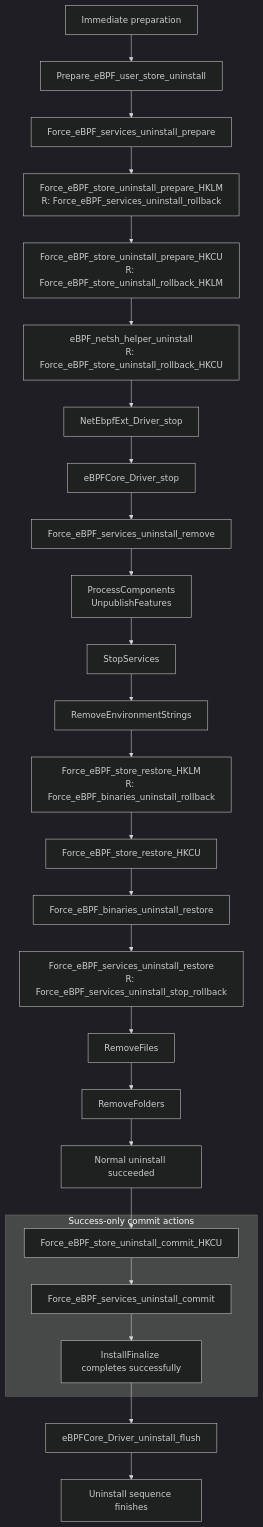
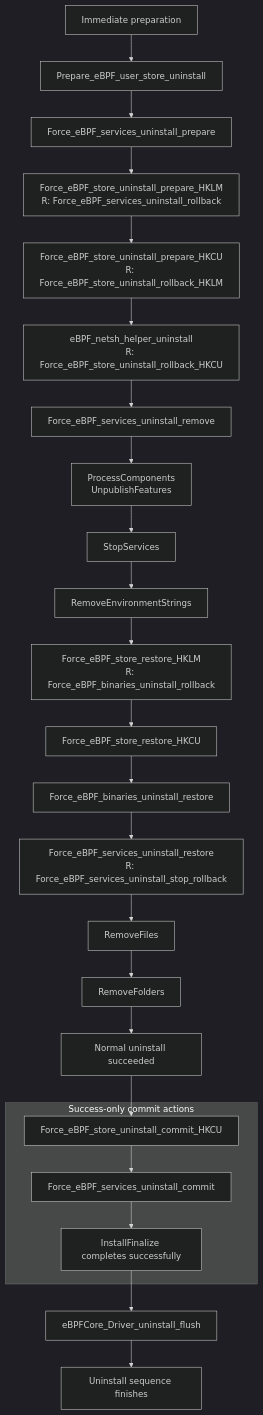
Before and after one commit to microsoft/ebpf-for-windows: the second of 3 diagrams in docs/MsiForcedInstallation.md, drawn with Mermaid (dark theme). The commit also changed other lines of this file and 2 other files, not shown here.

First line of the commit message:
Fix MSI service state and netsh helper restoration

````diff
--- a/docs/MsiForcedInstallation.md
+++ b/docs/MsiForcedInstallation.md
@@ -142,41 +147,39 @@
 ```mermaid
 flowchart TD
     Prep["Immediate preparation"]
 
         UserAccess["Prepare_eBPF_user_store_uninstall"]
         ServiceSnapshot["Force_eBPF_services_uninstall_prepare"]
         MachineSnapshot["Force_eBPF_store_uninstall_prepare_HKLM<br/>R: Force_eBPF_services_uninstall_rollback"]
         UserSnapshot["Force_eBPF_store_uninstall_prepare_HKCU<br/>R: Force_eBPF_store_uninstall_rollback_HKLM"]
         Netsh["eBPF_netsh_helper_uninstall<br/>R: Force_eBPF_store_uninstall_rollback_HKCU"]
-        CoreStop["eBPFCore_Driver_stop"]
-        NetStop["NetEbpfExt_Driver_stop"]
         ServiceRemove["Force_eBPF_services_uninstall_remove"]
         Components["ProcessComponents<br/>UnpublishFeatures"]
         StandardStop["StopServices"]
         Environment["RemoveEnvironmentStrings"]
         MachineRestore["Force_eBPF_store_restore_HKLM<br/>R: Force_eBPF_binaries_uninstall_rollback"]
         UserRestore["Force_eBPF_store_restore_HKCU"]
         BinaryRestore["Force_eBPF_binaries_uninstall_restore"]
         ServiceRestore["Force_eBPF_services_uninstall_restore<br/>R: Force_eBPF_services_uninstall_stop_rollback"]
         Files["RemoveFiles"]
         Folders["RemoveFolders"]
         NormalSuccess["Normal uninstall succeeded"]
 
         UserAccess --> ServiceSnapshot --> MachineSnapshot --> UserSnapshot --> Netsh
-        Netsh --> NetStop --> CoreStop --> ServiceRemove --> Components
+        Netsh --> ServiceRemove --> Components
         Components --> StandardStop --> Environment --> MachineRestore
         MachineRestore --> UserRestore --> BinaryRestore --> ServiceRestore --> Files
         Files --> Folders --> NormalSuccess
     Prep --> UserAccess
 
     subgraph Commit["Success-only commit actions"]
         UserCleanup["Force_eBPF_store_uninstall_commit_HKCU"]
         ServiceCleanup["Force_eBPF_services_uninstall_commit"]
         Finished["InstallFinalize completes successfully"]
         UserCleanup --> ServiceCleanup --> Finished
     end
 
     NormalSuccess --> UserCleanup
     Finished --> Query["eBPFCore_Driver_uninstall_flush"]
     Query --> Done["Uninstall sequence finishes"]
 ```
````
